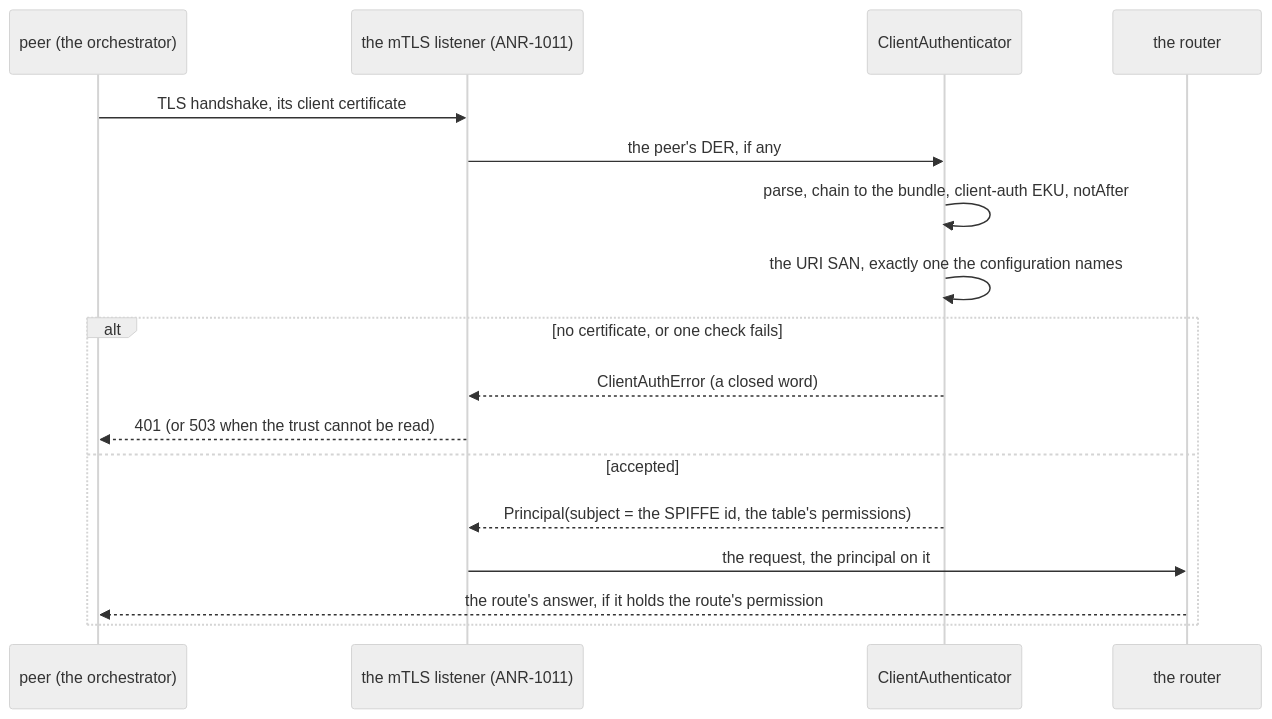
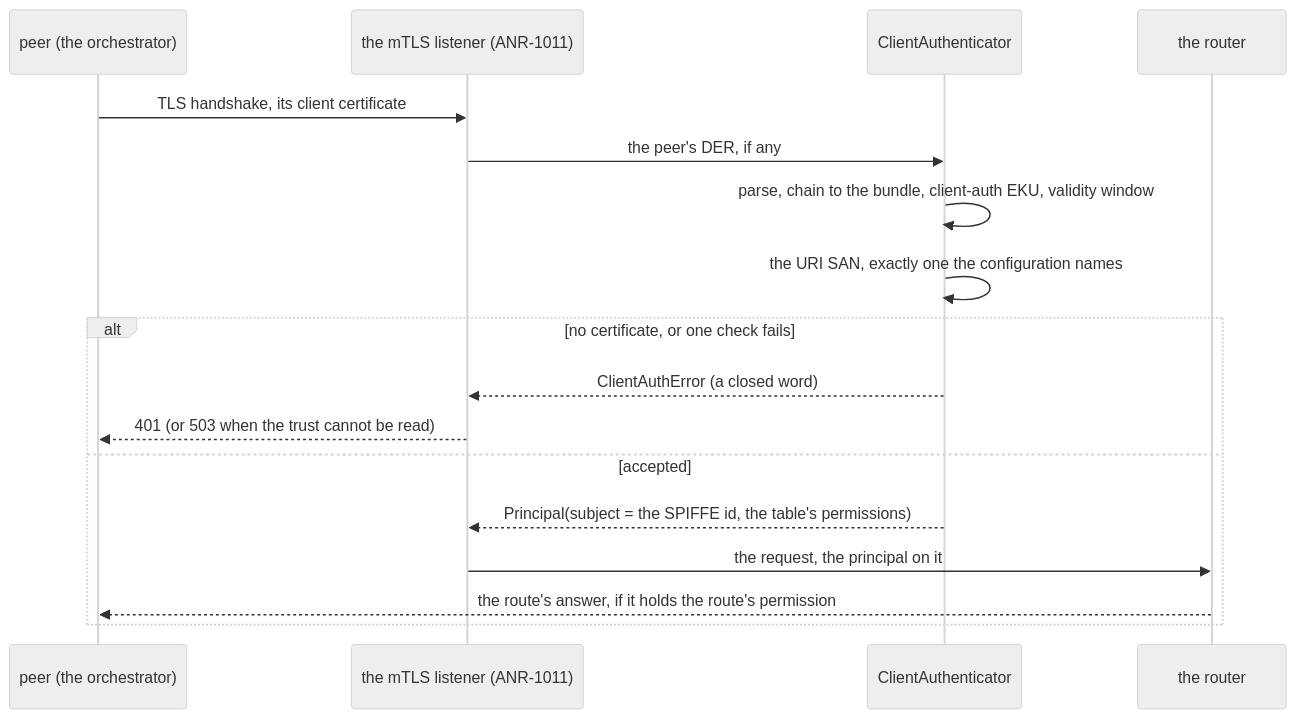
The third of 4 diagrams in docs/architecture/11-decisions.md (vymalo/another-agentic-platform), drawn with Mermaid (neutral theme) before and after one commit. The commit also changed 2 other files, not shown here.

Commit message:
docs(ports): the Expired word covers the whole validity window
A not-yet-valid leaf maps to InvalidCertificate::Expired, as a not-yet-valid token maps to InvalidToken::Expired; the doc now says so instead of 'past its notAfter'. Found by the review of #111 (P2).

````diff
--- a/docs/architecture/11-decisions.md
+++ b/docs/architecture/11-decisions.md
@@ -580,19 +580,19 @@
 ```mermaid
 sequenceDiagram
   participant P as peer (the orchestrator)
   participant T as the mTLS listener (ANR-1011)
   participant C as ClientAuthenticator
   participant R as the router
   P->>T: TLS handshake, its client certificate
   T->>C: the peer's DER, if any
-  C->>C: parse, chain to the bundle, client-auth EKU, notAfter
+  C->>C: parse, chain to the bundle, client-auth EKU, validity window
   C->>C: the URI SAN, exactly one the configuration names
   alt no certificate, or one check fails
     C-->>T: ClientAuthError (a closed word)
     T-->>P: 401 (or 503 when the trust cannot be read)
   else accepted
     C-->>T: Principal(subject = the SPIFFE id, the table's permissions)
     T->>R: the request, the principal on it
     R-->>P: the route's answer, if it holds the route's permission
   end
 ```
````
